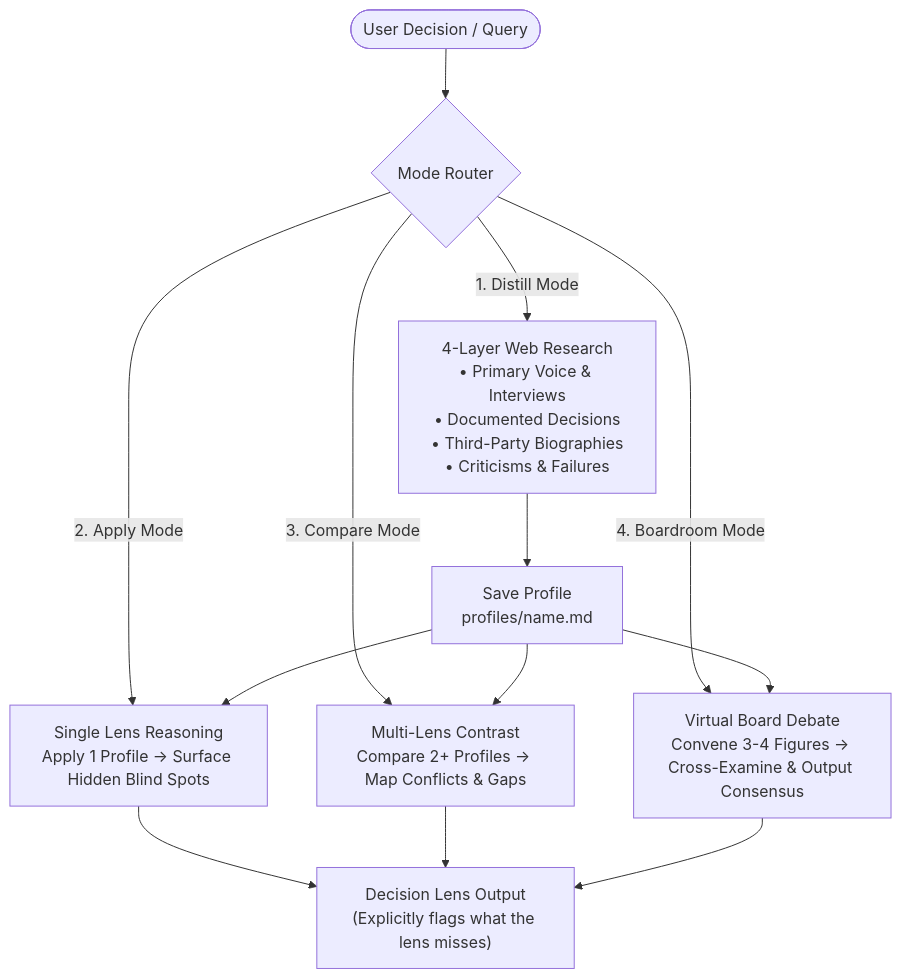
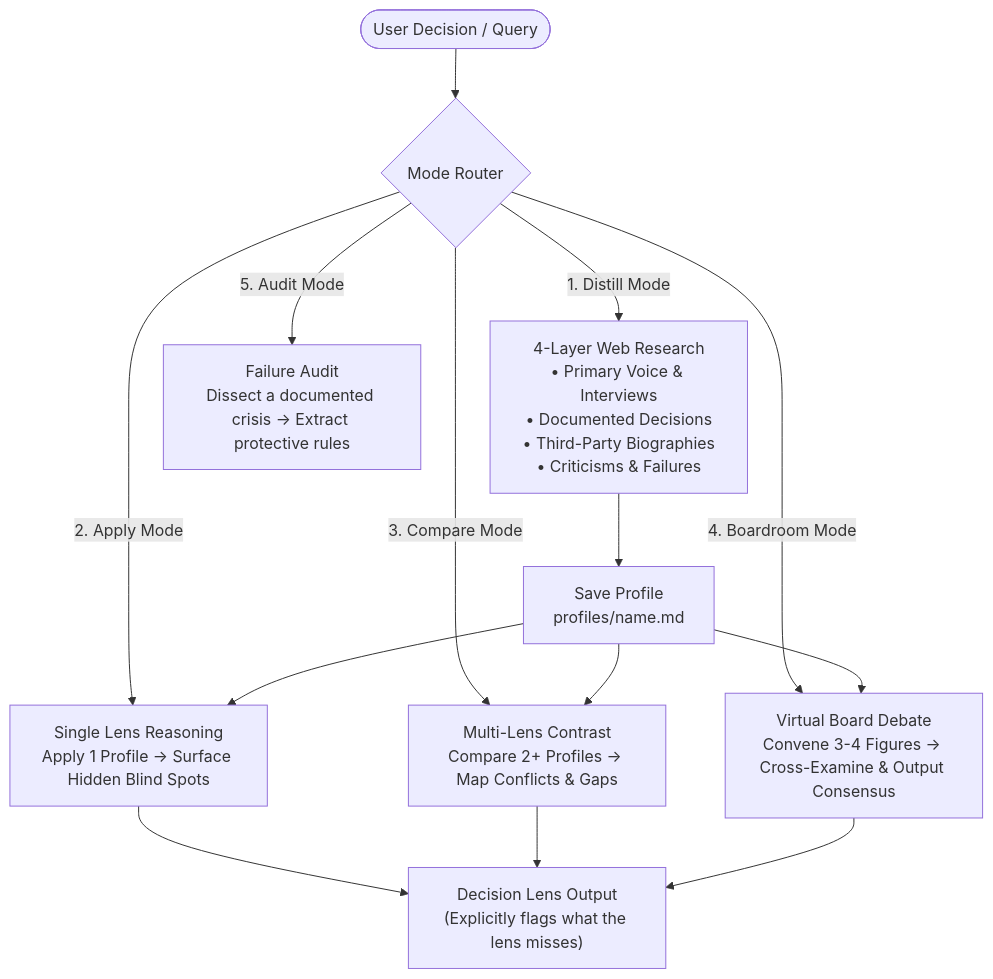
One commit to DOTfei/borrowed-brain-pro changed the first of 2 diagrams in README.md. Above: the diagram before and after it, drawn with Mermaid. The commit also changed other lines of this file and 11 other files, not shown here.

````diff
--- a/README.md
+++ b/README.md
@@ -37,21 +37,22 @@
 ```mermaid
 flowchart TD
     User(["User Decision / Query"]) --> Router{"Mode Router"}
 
     Router -->|1. Distill Mode| Distill["4-Layer Web Research\n• Primary Voice & Interviews\n• Documented Decisions\n• Third-Party Biographies\n• Criticisms & Failures"]
     Distill --> Save["Save Profile\nprofiles/name.md"]
 
     Router -->|2. Apply Mode| Apply["Single Lens Reasoning\nApply 1 Profile → Surface Hidden Blind Spots"]
 
     Router -->|3. Compare Mode| Compare["Multi-Lens Contrast\nCompare 2+ Profiles → Map Conflicts & Gaps"]
 
     Router -->|4. Boardroom Mode| Boardroom["Virtual Board Debate\nConvene 3-4 Figures → Cross-Examine & Output Consensus"]
+    Router -->|5. Audit Mode| Audit["Failure Audit\nDissect a documented crisis → Extract protective rules"]
 
     Save --> Apply
     Save --> Compare
     Save --> Boardroom
 
     Apply --> Output["Decision Lens Output\n(Explicitly flags what the lens misses)"]
     Compare --> Output
     Boardroom --> Output
 ```
````
